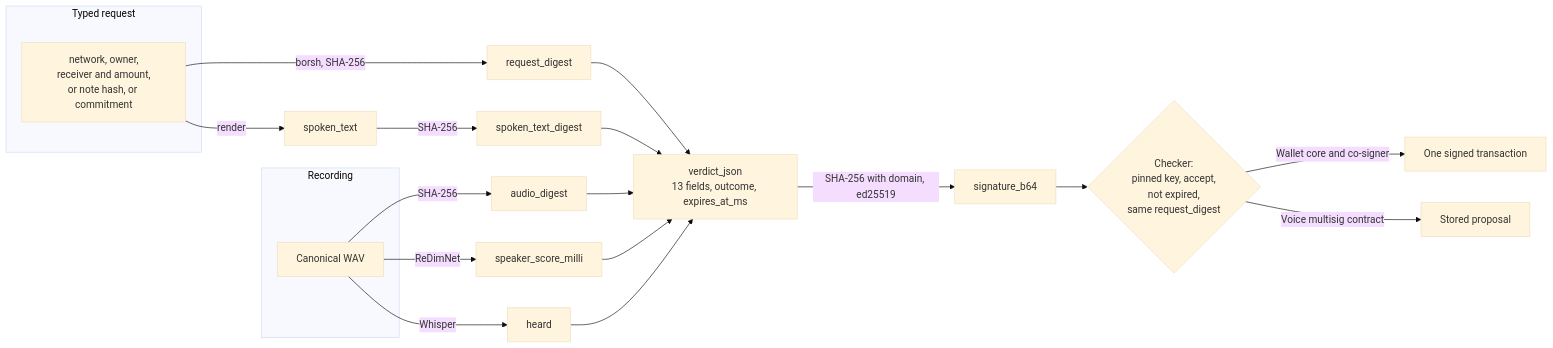
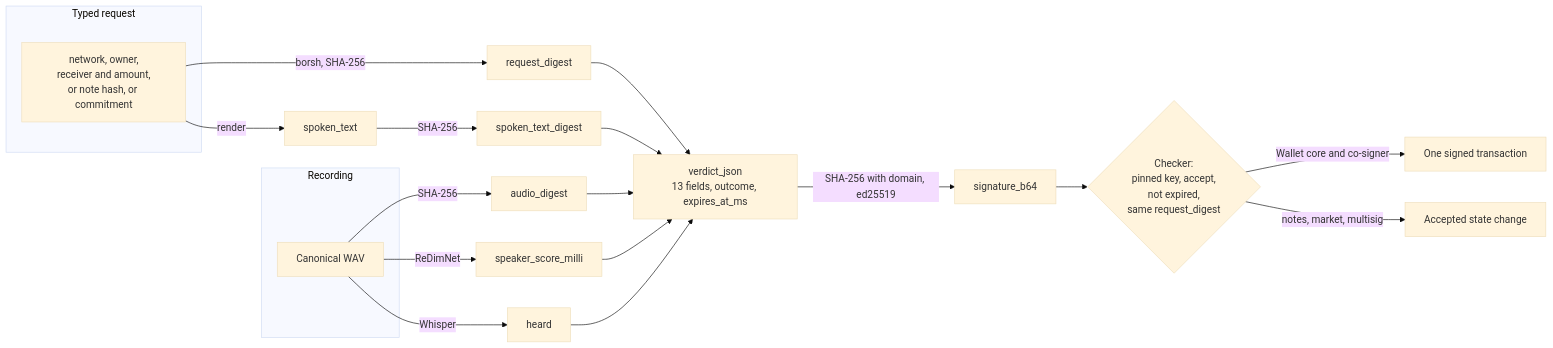
The sixth of 9 diagrams in docs/architecture.md (seams-tech/speak-to-sign), drawn with Mermaid (base theme) before and after one commit. The commit also changed other lines of this file and 9 other files, not shown here.

First line of the commit message:
Docs: the notes contract 1.1.0 is live, so three contracts check the verdict on chain

````diff
--- a/docs/architecture.md
+++ b/docs/architecture.md
@@ -196,26 +199,26 @@
 ```mermaid
 flowchart LR
   subgraph Request["Typed request"]
     F["network, owner,<br/>receiver and amount,<br/>or note hash, or commitment"]
   end
   subgraph Voice["Recording"]
     W["Canonical WAV"]
   end
 
   F -->|"borsh, SHA-256"| RD["request_digest"]
   F -->|render| ST["spoken_text"]
   ST -->|SHA-256| TD["spoken_text_digest"]
   W -->|SHA-256| AD["audio_digest"]
   W -->|ReDimNet| SC["speaker_score_milli"]
   W -->|Whisper| HD["heard"]
 
   RD --> V["verdict_json<br/>13 fields, outcome, expires_at_ms"]
   TD --> V
   AD --> V
   SC --> V
   HD --> V
   V -->|"SHA-256 with domain, ed25519"| SIG["signature_b64"]
   SIG --> CHK{"Checker:<br/>pinned key, accept,<br/>not expired,<br/>same request_digest"}
   CHK -->|Wallet core and co-signer| TX["One signed transaction"]
-  CHK -->|Voice multisig contract| PR["Stored proposal"]
+  CHK -->|notes, market, multisig| PR["Accepted state change"]
 ```
````
